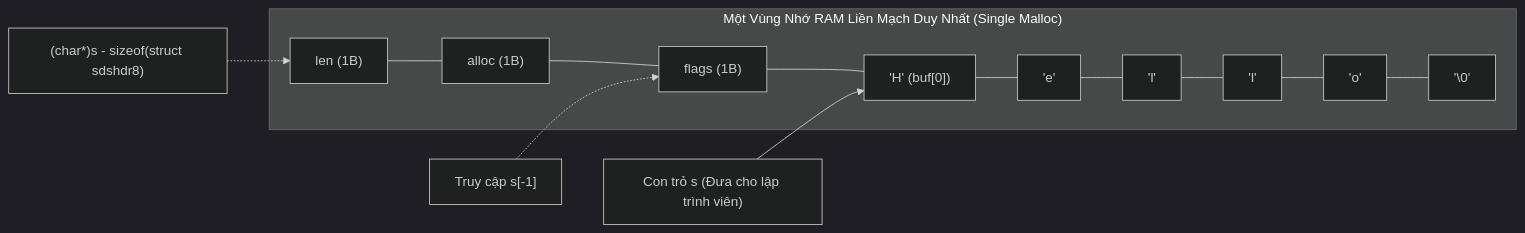
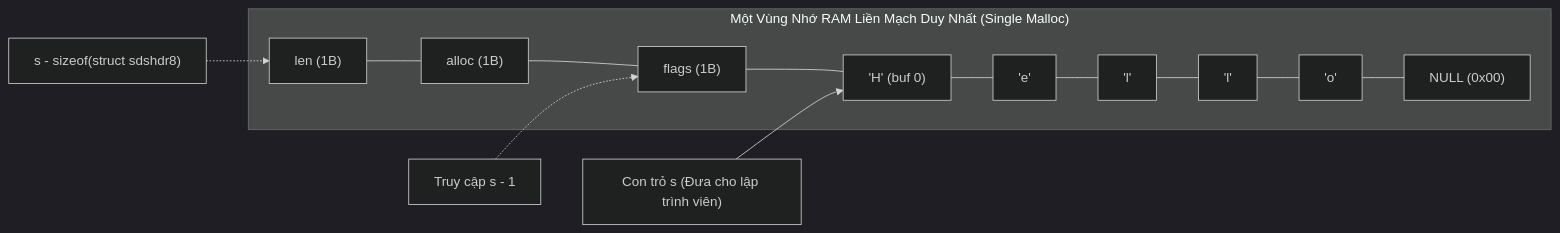
The third of 3 diagrams in C_Cpp_Mastery_Handbook/07_Struct_Padding_Alignment_and_Punning.md (thinh1210/Obsidian), drawn with Mermaid (dark theme) before and after one commit. The commit also changed other lines of this file and 45 other files, not shown here.

````diff
--- a/C_Cpp_Mastery_Handbook/07_Struct_Padding_Alignment_and_Punning.md
+++ b/C_Cpp_Mastery_Handbook/07_Struct_Padding_Alignment_and_Punning.md
@@ -199,10 +199,10 @@
 ```mermaid
 graph LR
-    subgraph Kontiguos_Memory ["Một Vùng Nhớ RAM Liền Mạch Duy Nhất (Single Malloc)"]
-        H1["len (1B)"] --- H2["alloc (1B)"] --- H3["flags (1B)"] --- D0["'H' (buf[0])"] --- D1["'e'"] --- D2["'l'"] --- D3["'l'"] --- D4["'o'"] --- D5["'\0'"]
+    subgraph Contiguous_Memory["Một Vùng Nhớ RAM Liền Mạch Duy Nhất (Single Malloc)"]
+        H1["len (1B)"] --- H2["alloc (1B)"] --- H3["flags (1B)"] --- D0["'H' (buf 0)"] --- D1["'e'"] --- D2["'l'"] --- D3["'l'"] --- D4["'o'"] --- D5["NULL (0x00)"]
     end
 
     UserPtr["Con trỏ s (Đưa cho lập trình viên)"] --> D0
-    FlagsPtr["Truy cập s[-1]"] -.-> H3
-    HeaderPtr["(char*)s - sizeof(struct sdshdr8)"] -.-> H1
+    FlagsPtr["Truy cập s - 1"] -.-> H3
+    HeaderPtr["s - sizeof(struct sdshdr8)"] -.-> H1
 ```
````
